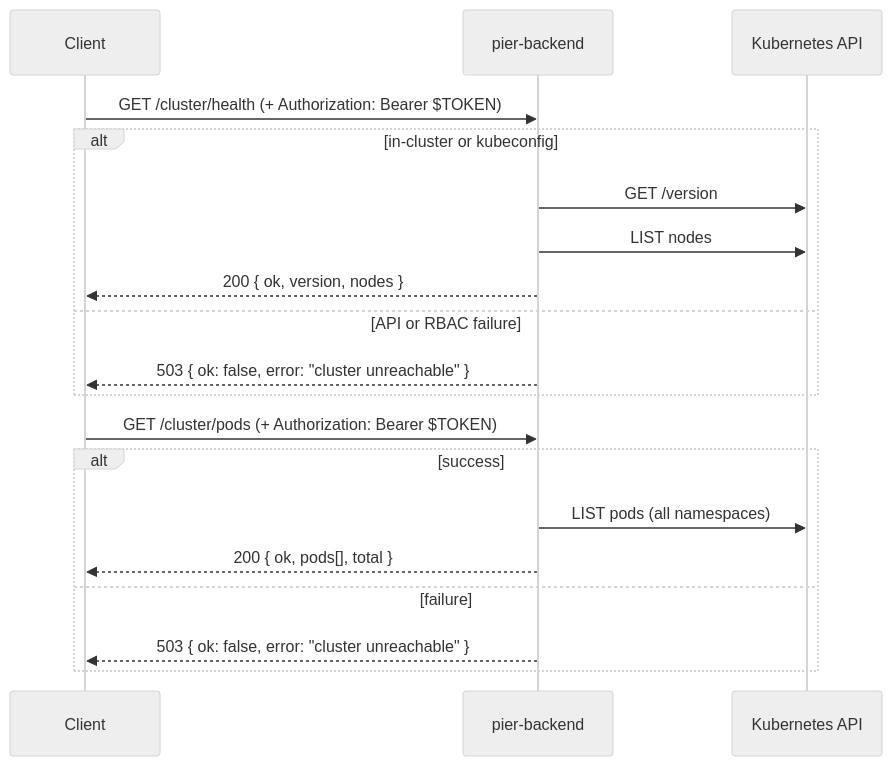
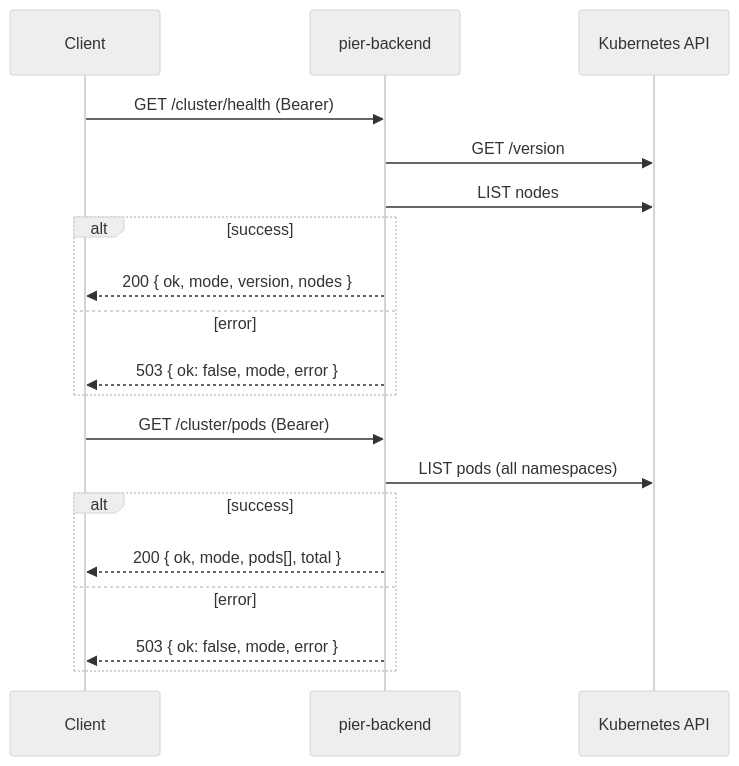
The diagram in backend/src/routes/README.md (Flapjacck/pier), drawn with Mermaid (neutral theme) before and after one commit. The commit also changed other lines of this file and 1 other file, not shown here.

````diff
--- a/backend/src/routes/README.md
+++ b/backend/src/routes/README.md
@@ -38,23 +27,23 @@
 ```mermaid
 sequenceDiagram
   participant Client
   participant Pier as pier-backend
   participant K8s as Kubernetes API
 
-  Client->>Pier: GET /cluster/health (+ Authorization: Bearer $TOKEN)
-  alt in-cluster or kubeconfig
-    Pier->>K8s: GET /version
-    Pier->>K8s: LIST nodes
-    Pier-->>Client: 200 { ok, version, nodes }
-  else API or RBAC failure
-    Pier-->>Client: 503 { ok: false, error: "cluster unreachable" }
+  Client->>Pier: GET /cluster/health (Bearer)
+  Pier->>K8s: GET /version
+  Pier->>K8s: LIST nodes
+  alt success
+    Pier-->>Client: 200 { ok, mode, version, nodes }
+  else error
+    Pier-->>Client: 503 { ok: false, mode, error }
   end
 
-  Client->>Pier: GET /cluster/pods (+ Authorization: Bearer $TOKEN)
+  Client->>Pier: GET /cluster/pods (Bearer)
+  Pier->>K8s: LIST pods (all namespaces)
   alt success
-    Pier->>K8s: LIST pods (all namespaces)
-    Pier-->>Client: 200 { ok, pods[], total }
-  else failure
-    Pier-->>Client: 503 { ok: false, error: "cluster unreachable" }
+    Pier-->>Client: 200 { ok, mode, pods[], total }
+  else error
+    Pier-->>Client: 503 { ok: false, mode, error }
   end
 ```
````
